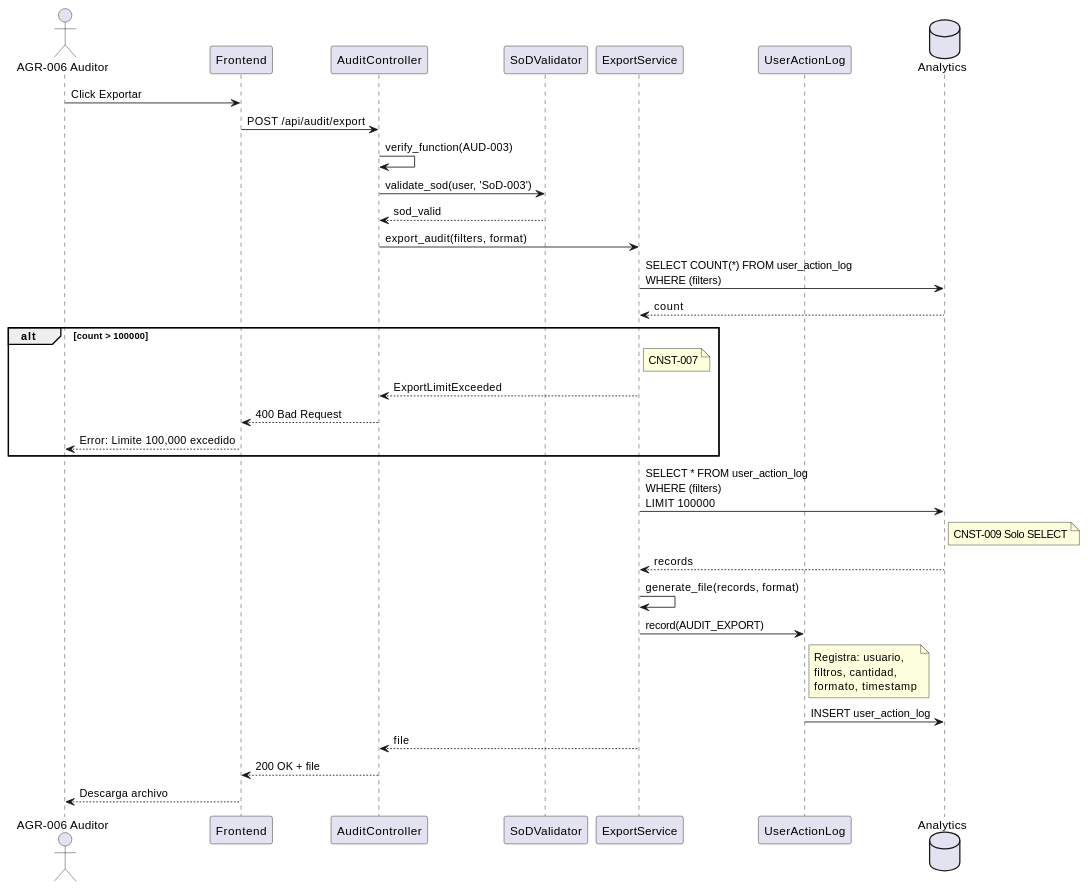
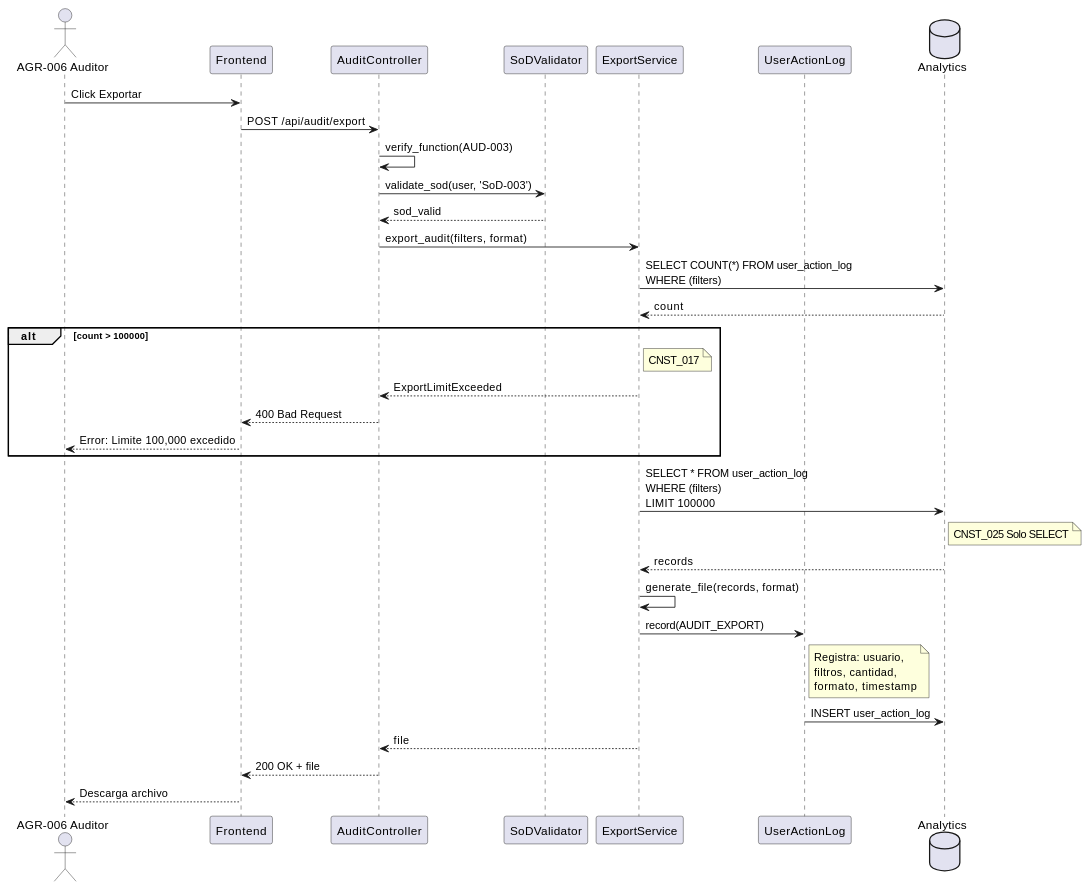
The second of 3 diagrams in source/requisitos/casos_uso/audit/UC_AUD_03_Exportar_Auditoria.rst (jcg-admin/IACT-docs), drawn with PlantUML before and after one commit. The commit also changed other lines of this file and 67 other files, not shown here.

```diff
--- a/source/requisitos/casos_uso/audit/UC_AUD_03_Exportar_Auditoria.rst
+++ b/source/requisitos/casos_uso/audit/UC_AUD_03_Exportar_Auditoria.rst
@@ -163,48 +163,48 @@
 .. uml::
    :caption: Diagrama de Secuencia - UC_AUD_03
 
    @startuml
    actor "AGR-006 Auditor" as A
    participant "Frontend" as FE
    participant "AuditController" as AC
    participant "SoDValidator" as SOD
    participant "ExportService" as ES
    participant "UserActionLog" as UAL
    database "Analytics" as DB
 
    A -> FE: Click Exportar
    FE -> AC: POST /api/audit/export
    AC -> AC: verify_function(AUD-003)
    AC -> SOD: validate_sod(user, 'SoD-003')
    SOD --> AC: sod_valid
 
    AC -> ES: export_audit(filters, format)
 
    ES -> DB: SELECT COUNT(*) FROM user_action_log\nWHERE (filters)
    DB --> ES: count
 
    alt count > 100000
-     note right of ES: CNST-007
+     note right of ES: CNST_017
      ES --> AC: ExportLimitExceeded
      AC --> FE: 400 Bad Request
      FE --> A: Error: Limite 100,000 excedido
    end
 
    ES -> DB: SELECT * FROM user_action_log\nWHERE (filters)\nLIMIT 100000
-   note right of DB: CNST-009 Solo SELECT
+   note right of DB: CNST_025 Solo SELECT
    DB --> ES: records
 
    ES -> ES: generate_file(records, format)
 
    ES -> UAL: record(AUDIT_EXPORT)
    note right of UAL
      Registra: usuario,
      filtros, cantidad,
      formato, timestamp
    end note
    UAL -> DB: INSERT user_action_log
 
    ES --> AC: file
    AC --> FE: 200 OK + file
    FE --> A: Descarga archivo
    @enduml
```
